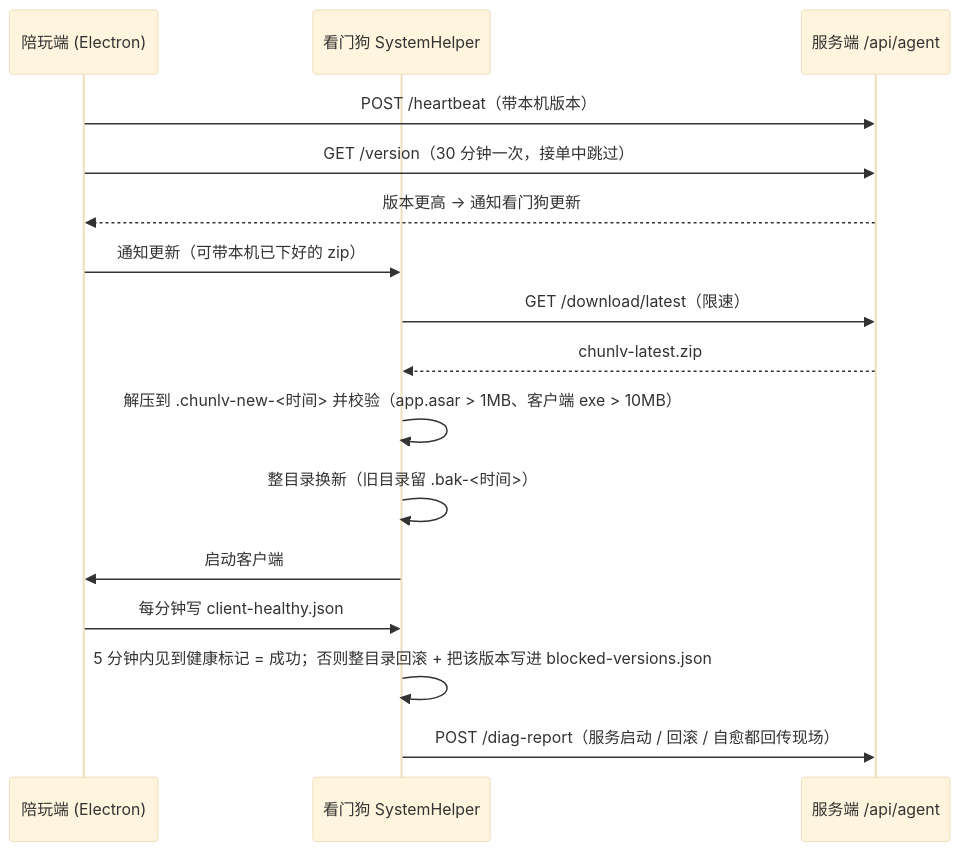
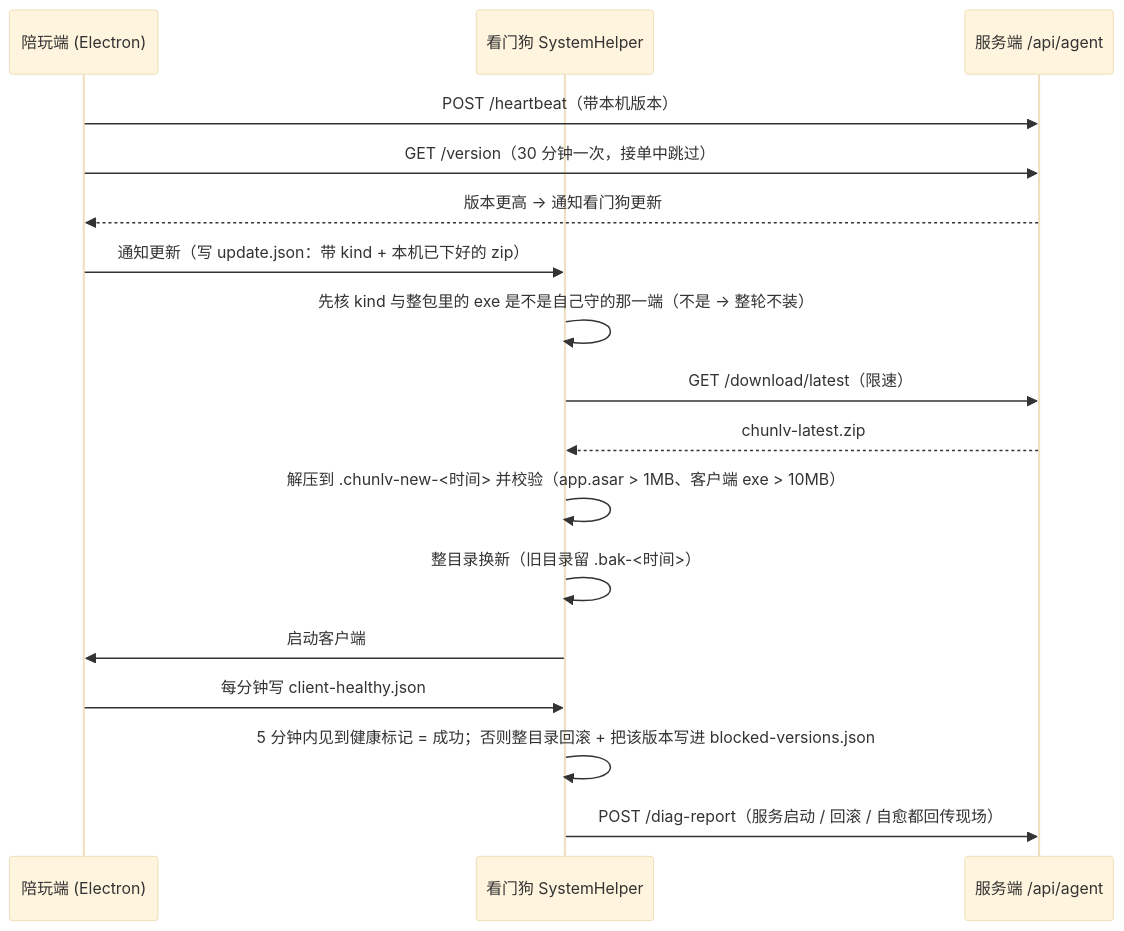
Before and after one commit to opsvr-ai/game-workspace: diagram 12 of 12 in docs/ARCHITECTURE.md, drawn with Mermaid (base theme). The commit also changed other lines of this file and 8 other files, not shown here.

````diff
--- a/docs/ARCHITECTURE.md
+++ b/docs/ARCHITECTURE.md
@@ -916,18 +921,19 @@
 ```mermaid
 sequenceDiagram
     participant C as 陪玩端 (Electron)
     participant W as 看门狗 SystemHelper
     participant S as 服务端 /api/agent
     C->>S: POST /heartbeat（带本机版本）
     C->>S: GET /version（30 分钟一次，接单中跳过）
     S-->>C: 版本更高 → 通知看门狗更新
-    C->>W: 通知更新（可带本机已下好的 zip）
+    C->>W: 通知更新（写 update.json：带 kind + 本机已下好的 zip）
+    W->>W: 先核 kind 与整包里的 exe 是不是自己守的那一端（不是 → 整轮不装）
     W->>S: GET /download/latest（限速）
     S-->>W: chunlv-latest.zip
     W->>W: 解压到 .chunlv-new-<时间> 并校验（app.asar > 1MB、客户端 exe > 10MB）
     W->>W: 整目录换新（旧目录留 .bak-<时间>）
     W->>C: 启动客户端
     C->>W: 每分钟写 client-healthy.json
     W->>W: 5 分钟内见到健康标记 = 成功；否则整目录回滚 + 把该版本写进 blocked-versions.json
     W->>S: POST /diag-report（服务启动 / 回滚 / 自愈都回传现场）
 ```
````
